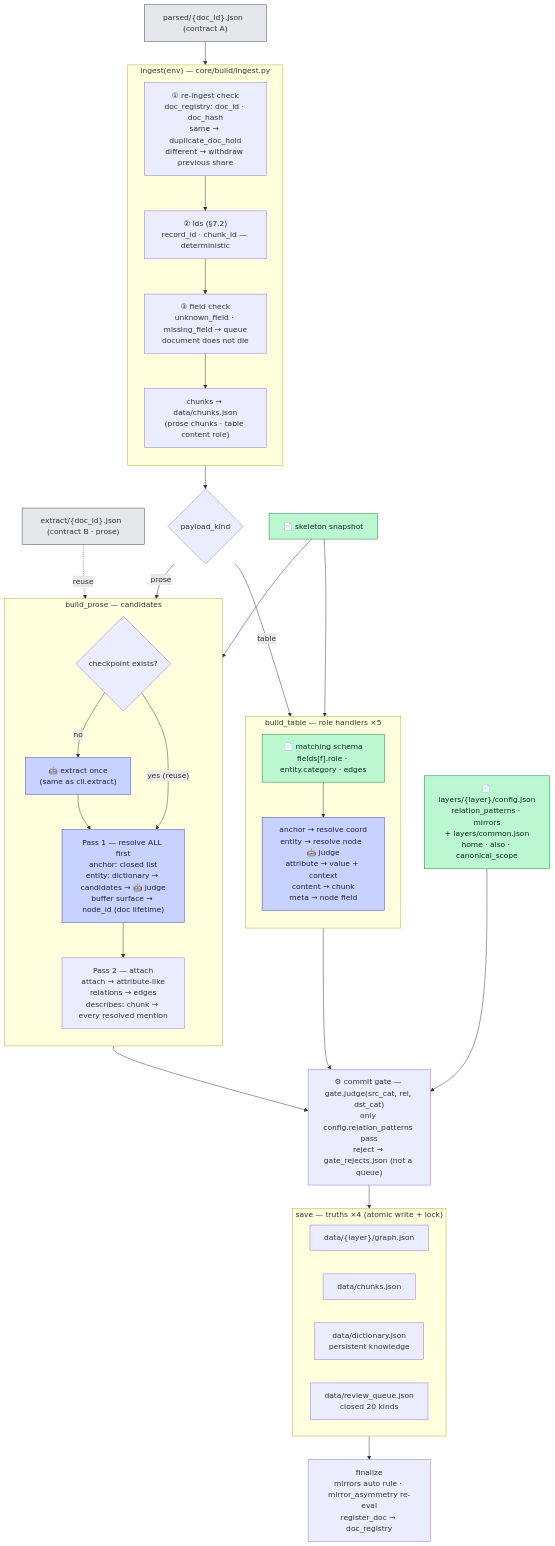
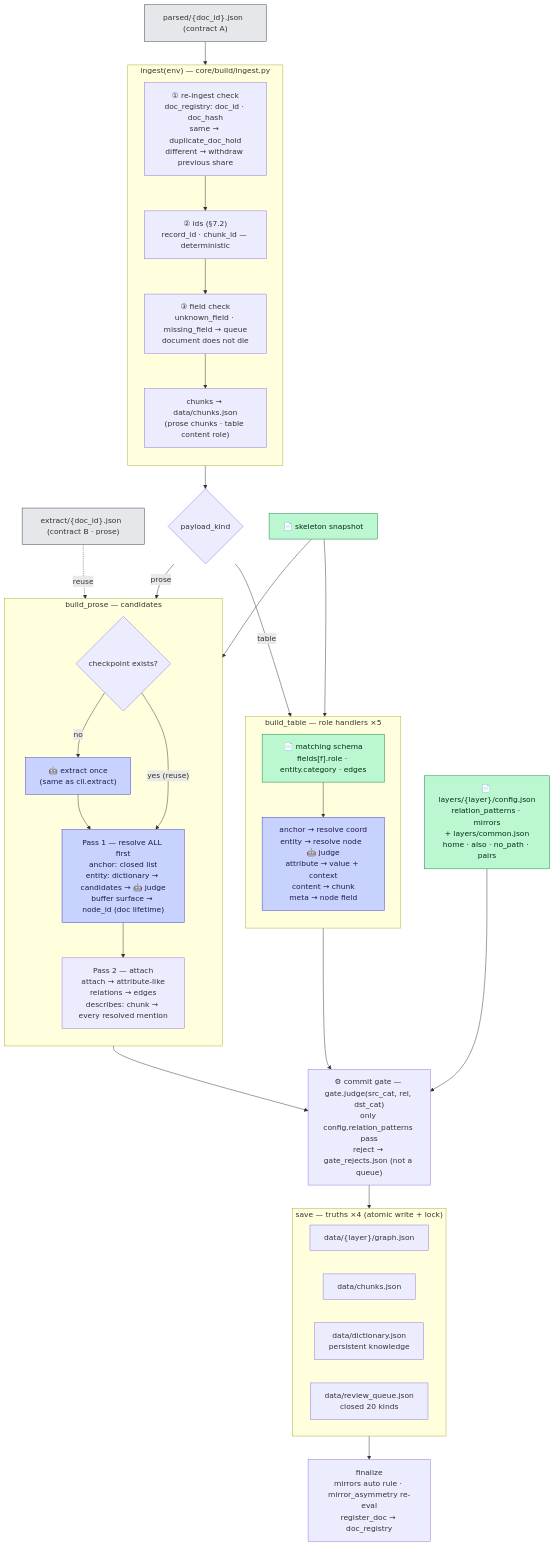
The diagram in docs/구조도/03_구축.md (playjae0/ontology_system), drawn with Mermaid before and after one commit. The commit also changed other lines of this file and 22 other files, not shown here.

````diff
--- a/docs/구조도/03_구축.md
+++ b/docs/구조도/03_구축.md
@@ -12,65 +12,65 @@
 ```mermaid
 flowchart TD
   PJ["parsed/{doc_id}.json  (contract A)"]
   EJ["extract/{doc_id}.json  (contract B · prose)"]
 
   subgraph ING["ingest(env) — core/build/ingest.py"]
     direction TB
     RE["① re-ingest check<br/>doc_registry: doc_id · doc_hash<br/>same → duplicate_doc_hold<br/>different → withdraw previous share"]
     ID["② ids (§7.2)<br/>record_id · chunk_id — deterministic"]
     FC["③ field check<br/>unknown_field · missing_field → queue<br/>document does not die"]
     CH["chunks → data/chunks.json<br/>(prose chunks · table content role)"]
     RE --> ID --> FC --> CH
   end
   PJ --> RE
 
   BR{"payload_kind"}
   CH --> BR
 
   subgraph TB["build_table — role handlers ×5"]
     direction TB
     SC["📄 matching schema<br/>fields[f].role · entity.category · edges"]
     HD["anchor → resolve coord<br/>entity → resolve node  🤖 judge<br/>attribute → value + context<br/>content → chunk<br/>meta → node field"]
     SC --> HD
   end
 
   subgraph PB["build_prose — candidates"]
     direction TB
     CK{"checkpoint exists?"}
     EX["🤖 extract once<br/>(same as cli.extract)"]
     P1["Pass 1 — resolve ALL first<br/>anchor: closed list<br/>entity: dictionary → candidates → 🤖 judge<br/>buffer surface → node_id (doc lifetime)"]
     P2["Pass 2 — attach<br/>attach → attribute-like<br/>relations → edges<br/>describes: chunk → every resolved mention"]
     CK -- "no" --> EX --> P1
     CK -- "yes (reuse)" --> P1
     P1 --> P2
   end
   BR -- "table" --> SC
   BR -- "prose" --> CK
   EJ -. "reuse" .-> CK
 
   GT["⚙ commit gate — gate.judge(src_cat, rel, dst_cat)<br/>only config.relation_patterns pass<br/>reject → gate_rejects.json (not a queue)"]
   HD --> GT
   P2 --> GT
 
   subgraph SAVE["save — truths ×4  (atomic write + lock)"]
     direction LR
     G["data/{layer}/graph.json"]
     C["data/chunks.json"]
     D["data/dictionary.json<br/>persistent knowledge"]
     Q["data/review_queue.json<br/>closed 20 kinds"]
   end
   GT --> SAVE
   FIN["finalize<br/>mirrors auto rule · mirror_asymmetry re-eval<br/>register_doc → doc_registry"]
   SAVE --> FIN
 
-  CFG["📄 layers/{layer}/config.json<br/>relation_patterns · mirrors<br/>+ layers/common.json<br/>home · also · canonical_scope"] --> GT
+  CFG["📄 layers/{layer}/config.json<br/>relation_patterns · mirrors<br/>+ layers/common.json<br/>home · also · no_path · pairs"] --> GT
   SK["📄 skeleton snapshot"] --> P1
   SK --> HD
 
   classDef llm fill:#c7d2fe,stroke:#4338ca,color:#1e1b4b
   classDef asset fill:#bbf7d0,stroke:#15803d,color:#052e16
   classDef file fill:#e5e7eb,stroke:#374151
   class EX,HD,P1 llm
   class SC,CFG,SK asset
   class PJ,EJ file
 ```
````
